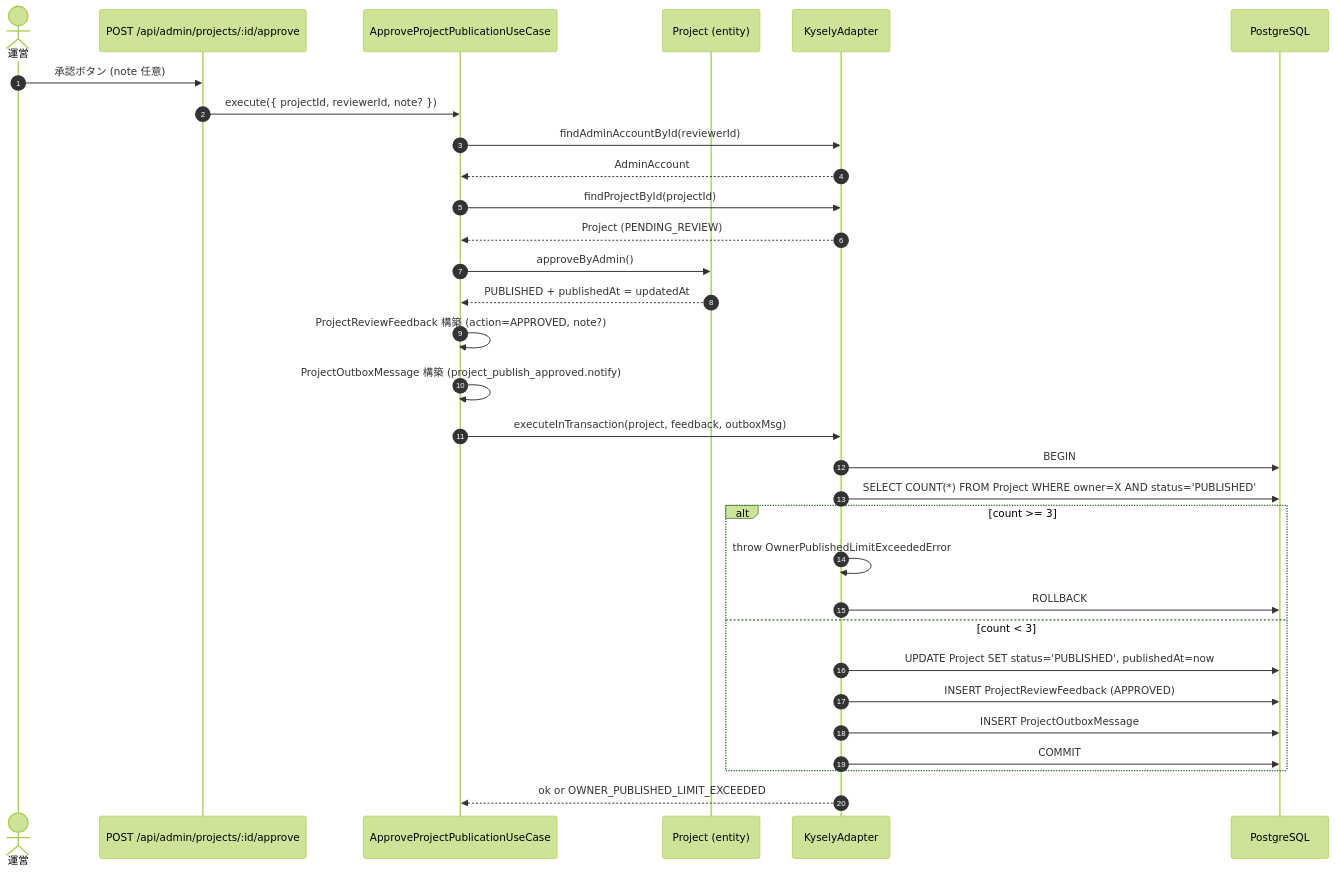
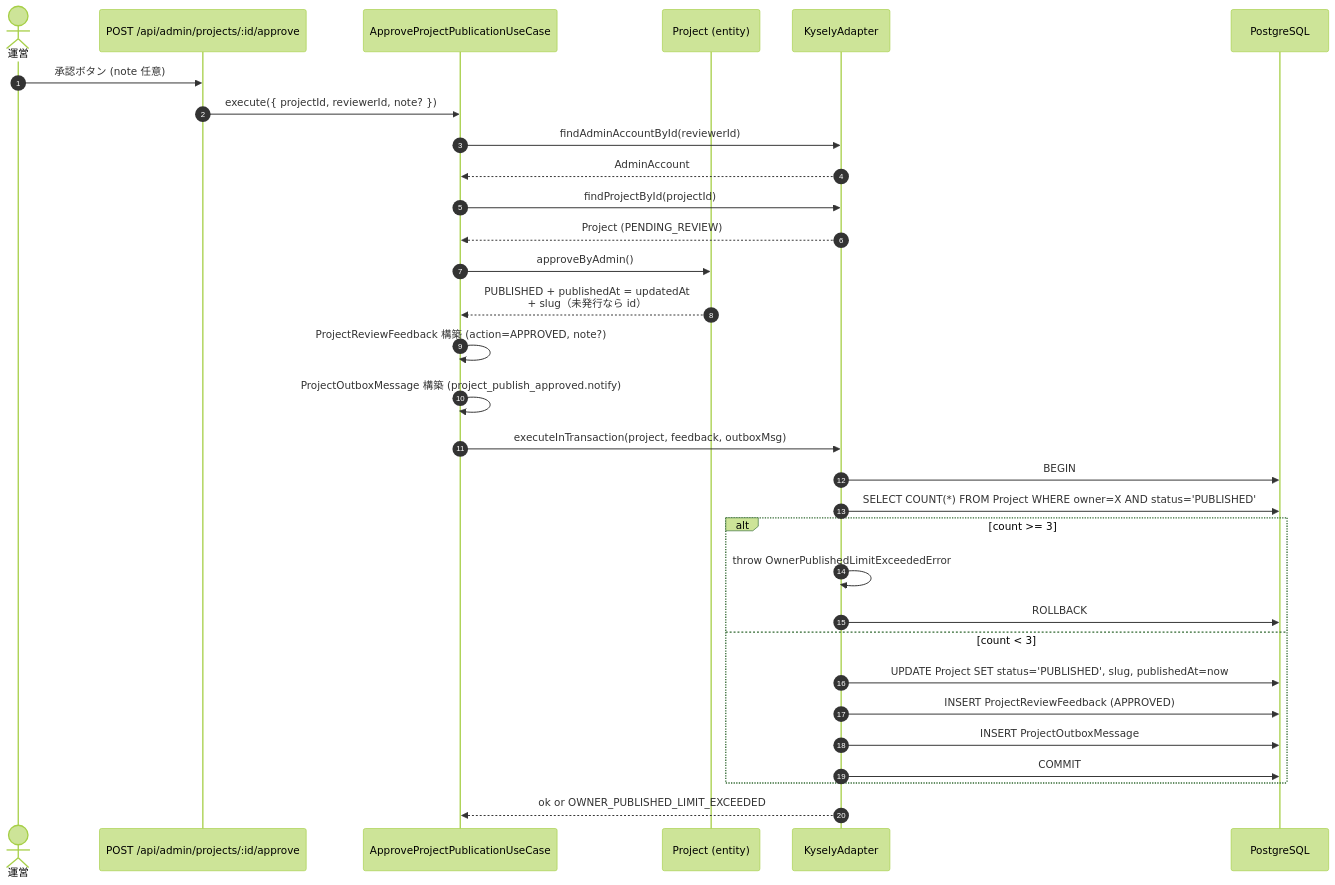
Before and after one commit to Physicalfunding/PhysiFun: the third of 7 diagrams in docs/specs/05_key-flows/project-publish.md, drawn with Mermaid (forest theme). The commit also changed other lines of this file and 3 other files, not shown here.

````diff
--- a/docs/specs/05_key-flows/project-publish.md
+++ b/docs/specs/05_key-flows/project-publish.md
@@ -87,34 +87,34 @@
 ```mermaid
 sequenceDiagram
     autonumber
     actor Admin as 運営
     participant API as POST /api/admin/projects/:id/approve
     participant UC as ApproveProjectPublicationUseCase
     participant Project as Project (entity)
     participant Adapter as KyselyAdapter
     participant DB as PostgreSQL
 
     Admin->>API: 承認ボタン (note 任意)
     API->>UC: execute({ projectId, reviewerId, note? })
     UC->>Adapter: findAdminAccountById(reviewerId)
     Adapter-->>UC: AdminAccount
     UC->>Adapter: findProjectById(projectId)
     Adapter-->>UC: Project (PENDING_REVIEW)
     UC->>Project: approveByAdmin()
-    Project-->>UC: PUBLISHED + publishedAt = updatedAt
+    Project-->>UC: PUBLISHED + publishedAt = updatedAt<br/>+ slug（未発行なら id）
     UC->>UC: ProjectReviewFeedback 構築 (action=APPROVED, note?)
     UC->>UC: ProjectOutboxMessage 構築 (project_publish_approved.notify)
     UC->>Adapter: executeInTransaction(project, feedback, outboxMsg)
     Adapter->>DB: BEGIN
     Adapter->>DB: SELECT COUNT(*) FROM Project WHERE owner=X AND status='PUBLISHED'
     alt count >= 3
         Adapter->>Adapter: throw OwnerPublishedLimitExceededError
         Adapter->>DB: ROLLBACK
     else count < 3
-        Adapter->>DB: UPDATE Project SET status='PUBLISHED', publishedAt=now
+        Adapter->>DB: UPDATE Project SET status='PUBLISHED', slug, publishedAt=now
         Adapter->>DB: INSERT ProjectReviewFeedback (APPROVED)
         Adapter->>DB: INSERT ProjectOutboxMessage
         Adapter->>DB: COMMIT
     end
     Adapter-->>UC: ok or OWNER_PUBLISHED_LIMIT_EXCEEDED
 ```
````
